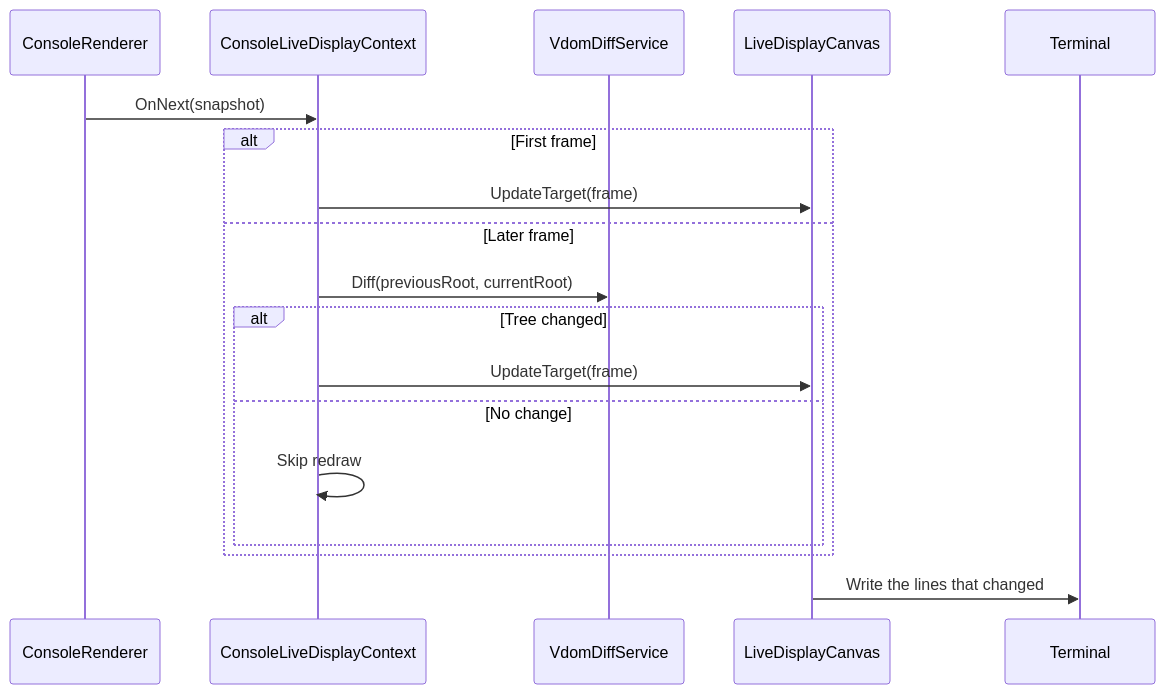
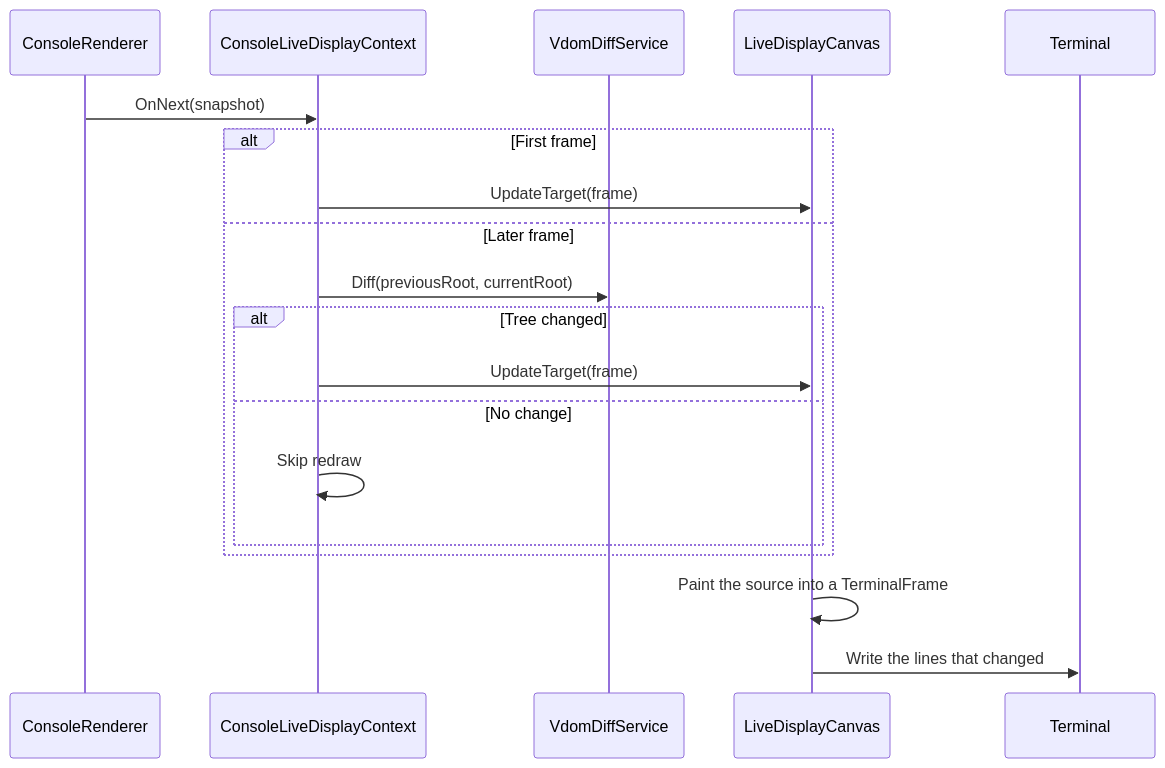
One commit to RazorConsole/RazorConsole changed the fifth of 6 diagrams in design-doc/rendering-process.md. Above: the diagram before and after it, drawn with Mermaid. The commit also changed other lines of this file and 24 other files, not shown here.

First line of the commit message:
Paint a TerminalFrame in the frame loop instead of handing it an IRenderable

````diff
--- a/design-doc/rendering-process.md
+++ b/design-doc/rendering-process.md
@@ -170,21 +170,22 @@
 ```mermaid
 sequenceDiagram
     participant Renderer as ConsoleRenderer
     participant LiveDisplay as ConsoleLiveDisplayContext
     participant DiffService as VdomDiffService
     participant Canvas as LiveDisplayCanvas
     participant Terminal as Terminal
 
     Renderer->>LiveDisplay: OnNext(snapshot)
     alt First frame
         LiveDisplay->>Canvas: UpdateTarget(frame)
     else Later frame
         LiveDisplay->>DiffService: Diff(previousRoot, currentRoot)
         alt Tree changed
             LiveDisplay->>Canvas: UpdateTarget(frame)
         else No change
             LiveDisplay->>LiveDisplay: Skip redraw
         end
     end
+    Canvas->>Canvas: Paint the source into a TerminalFrame
     Canvas->>Terminal: Write the lines that changed
 ```
````
